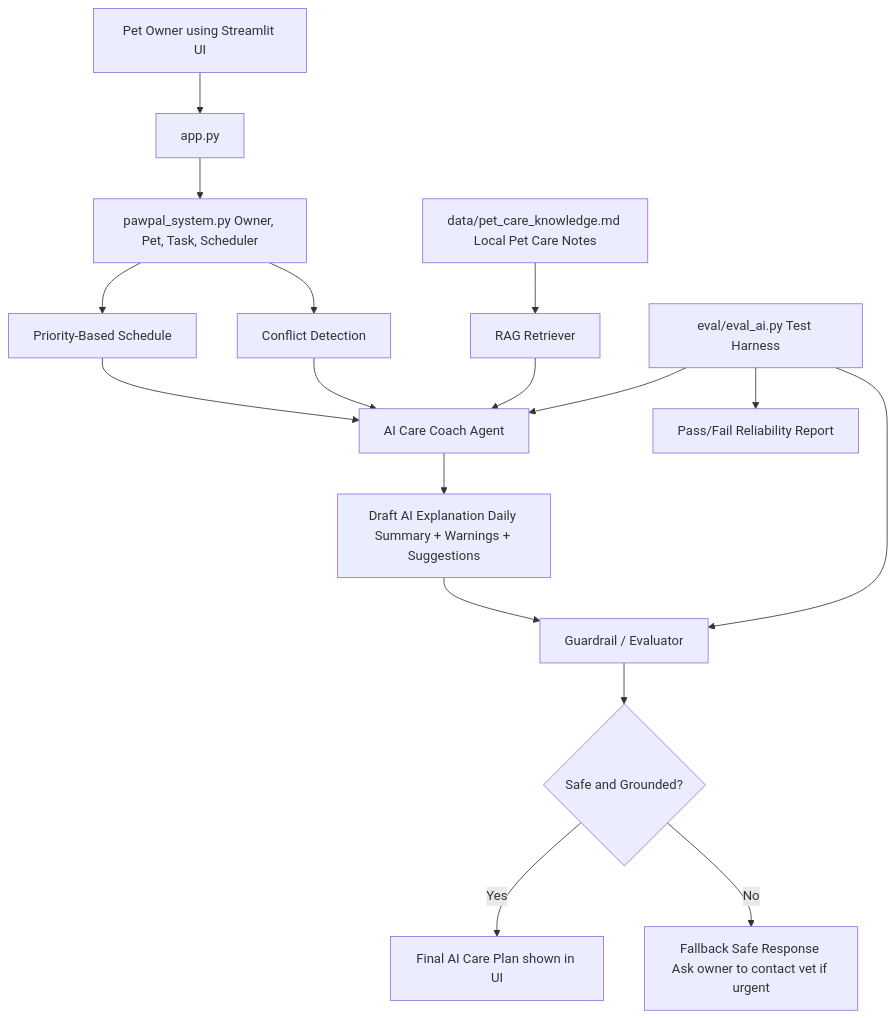
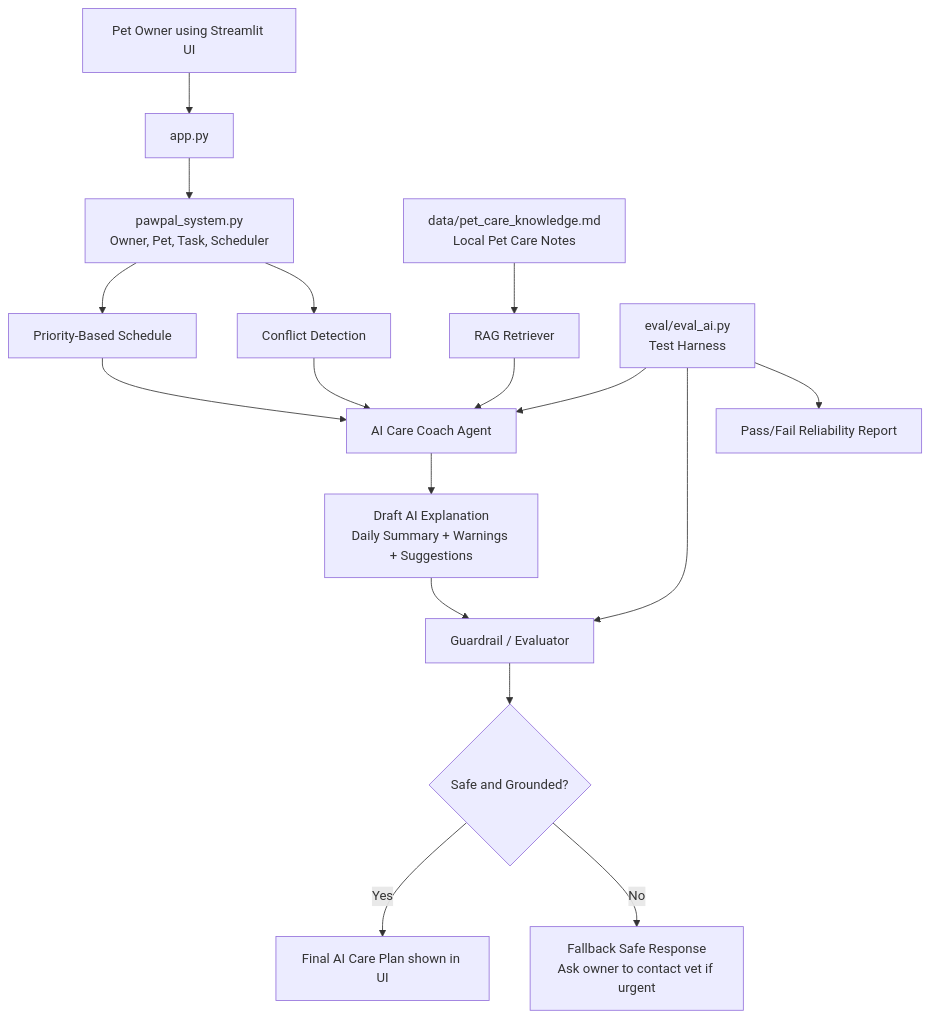
One commit to KaungMyatNaing9/applied-ai-system-project changed the diagram in diagram.md. Above: the diagram before and after it, drawn with Mermaid. The commit also changed 5 other files, not shown here.

````diff
--- a/diagram.md
+++ b/diagram.md
@@ -1,19 +1,24 @@
 ```mermaid
 flowchart TD
     A[Pet Owner using Streamlit UI] --> B[app.py]
-    B --> C[pawpal_system.py Owner, Pet, Task, Scheduler]
+    B --> C[pawpal_system.py<br/>Owner, Pet, Task, Scheduler]
+
     C --> D[Priority-Based Schedule]
     C --> E[Conflict Detection]
+
+    G[data/pet_care_knowledge.md<br/>Local Pet Care Notes] --> H[RAG Retriever]
+
     D --> F[AI Care Coach Agent]
     E --> F
-    G[data/pet_care_knowledge.md Local Pet Care Notes] --> H[RAG Retriever]
     H --> F
-    F --> I[Draft AI Explanation Daily Summary + Warnings + Suggestions]
+
+    N[eval/eval_ai.py<br/>Test Harness] --> F
+    N --> J
+    N --> O[Pass/Fail Reliability Report]
+
+    F --> I[Draft AI Explanation<br/>Daily Summary + Warnings + Suggestions]
     I --> J[Guardrail / Evaluator]
     J --> K{Safe and Grounded?}
     K -->|Yes| L[Final AI Care Plan shown in UI]
-    K -->|No| M[Fallback Safe Response Ask owner to contact vet if urgent]
-    N[eval/eval_ai.py Test Harness] --> F
-    N --> J
-    N --> O[Pass/Fail Reliability Report]
+    K -->|No| M[Fallback Safe Response<br/>Ask owner to contact vet if urgent]
 ```
````
